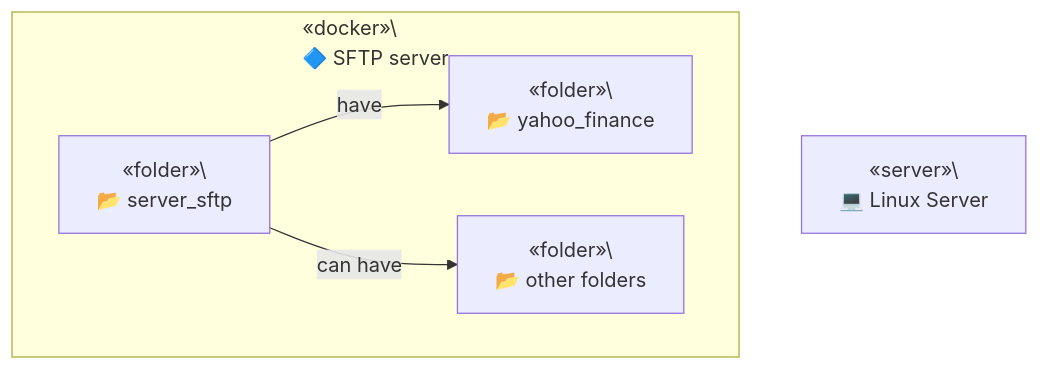
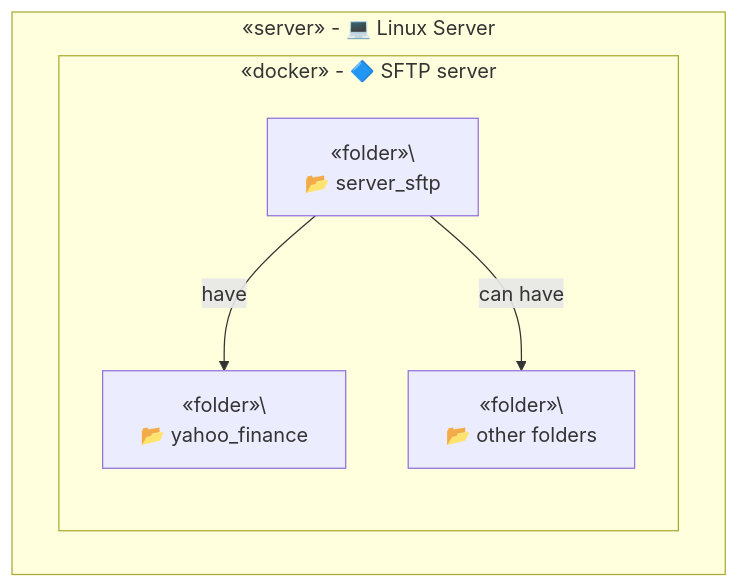
One commit to TrulyDigital/DATA_STREET changed the second of 3 diagrams in server_sftp/README.md. Above: the diagram before and after it, drawn with Mermaid.

Commit message:
feat: server sftp

````diff
--- a/server_sftp/README.md
+++ b/server_sftp/README.md
@@ -14,12 +14,13 @@
 ```mermaid
 graph TD
-    titleNode[«server»\<br/>💻 Linux Server]
-    subgraph Contenedor_A [«docker»\<br/>🔷 SFTP server]
-        A1[«folder»\<br/> 📂 server_sftp]
-        A2[«folder»\<br/> 📂 yahoo_finance]
-        A3[«folder»\<br/> 📂 other folders]
+    subgraph Container_A [«server» - 💻 Linux Server]
+        subgraph Contenedor_A [«docker» - 🔷 SFTP server]
+            A1[«folder»\<br/> 📂 server_sftp]
+            A2[«folder»\<br/> 📂 yahoo_finance]
+            A3[«folder»\<br/> 📂 other folders]
+        end
+
+        A1 -- have --> A2
+        A1 -- can have --> A3
     end
-
-    A1 -- have --> A2
-    A1 -- can have --> A3
 ```
````
